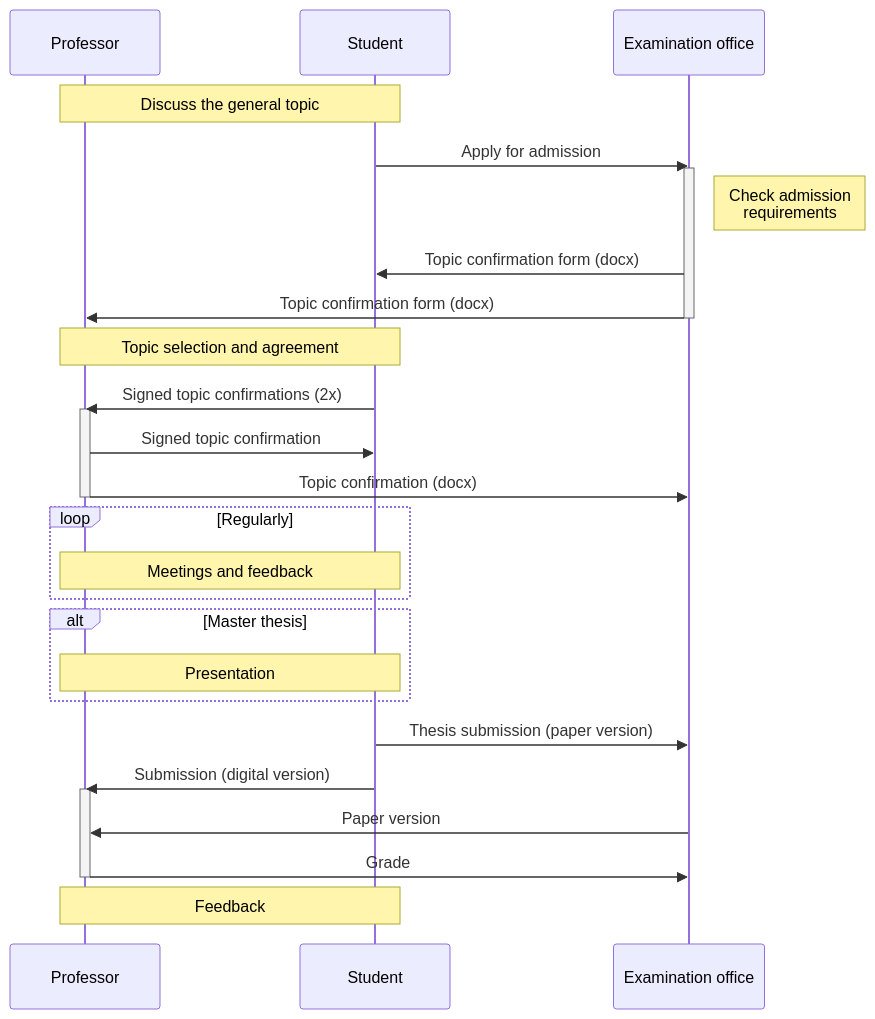
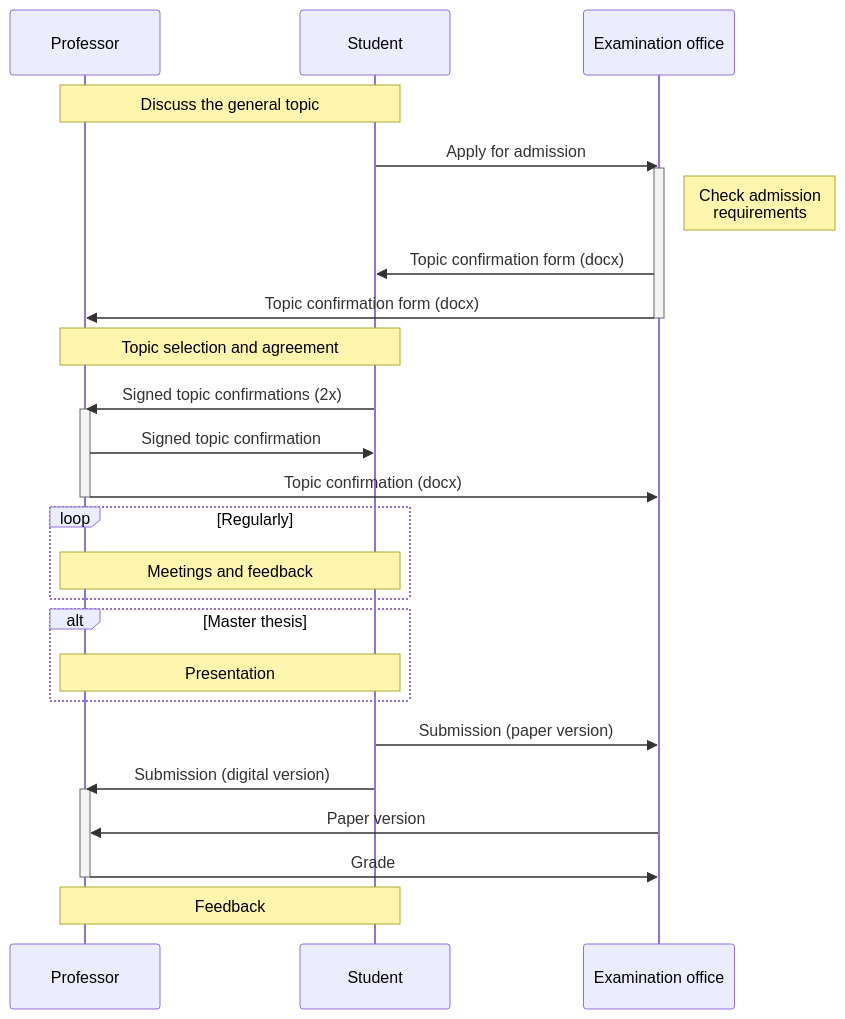
Before and after one commit to digital-work-lab/handbook: the diagram in docs/teaching/theses.md, drawn with Mermaid.

````diff
--- a/docs/teaching/theses.md
+++ b/docs/teaching/theses.md
@@ -12,29 +12,29 @@
 ```mermaid
 sequenceDiagram
     Note over Professor,Student: Discuss the general topic
     Student->>Examination office: Apply for admission
     activate Examination office
     Note right of Examination office: Check admission<br/>requirements
     Examination office->>Student: Topic confirmation form (docx)
     Examination office->>Professor: Topic confirmation form (docx)
     deactivate Examination office
     Note over Professor,Student: Topic selection and agreement
     Student->>Professor: Signed topic confirmations (2x)
     activate Professor
     Professor->>Student: Signed topic confirmation
     Professor->>Examination office: Topic confirmation (docx)
     deactivate Professor
     loop Regularly
         Note over Professor,Student: Meetings and feedback
     end
     alt Master thesis
         Note over Professor,Student: Presentation
     end
-    Student->>Examination office: Thesis submission (paper version)
+    Student->>Examination office: Submission (paper version)
     Student->>Professor: Submission (digital version)
     activate Professor
     Examination office->>Professor: Paper version
     Professor->>Examination office: Grade
     deactivate Professor
     Note over Professor,Student: Feedback
 ```
````
